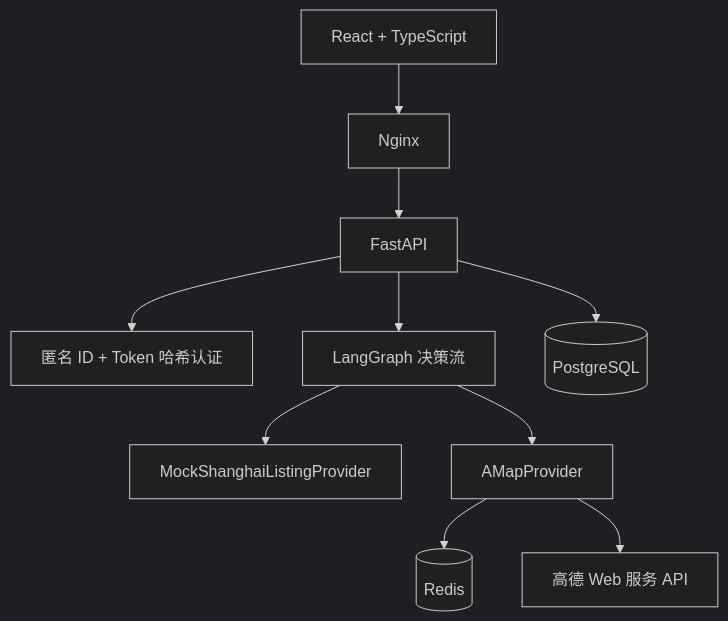
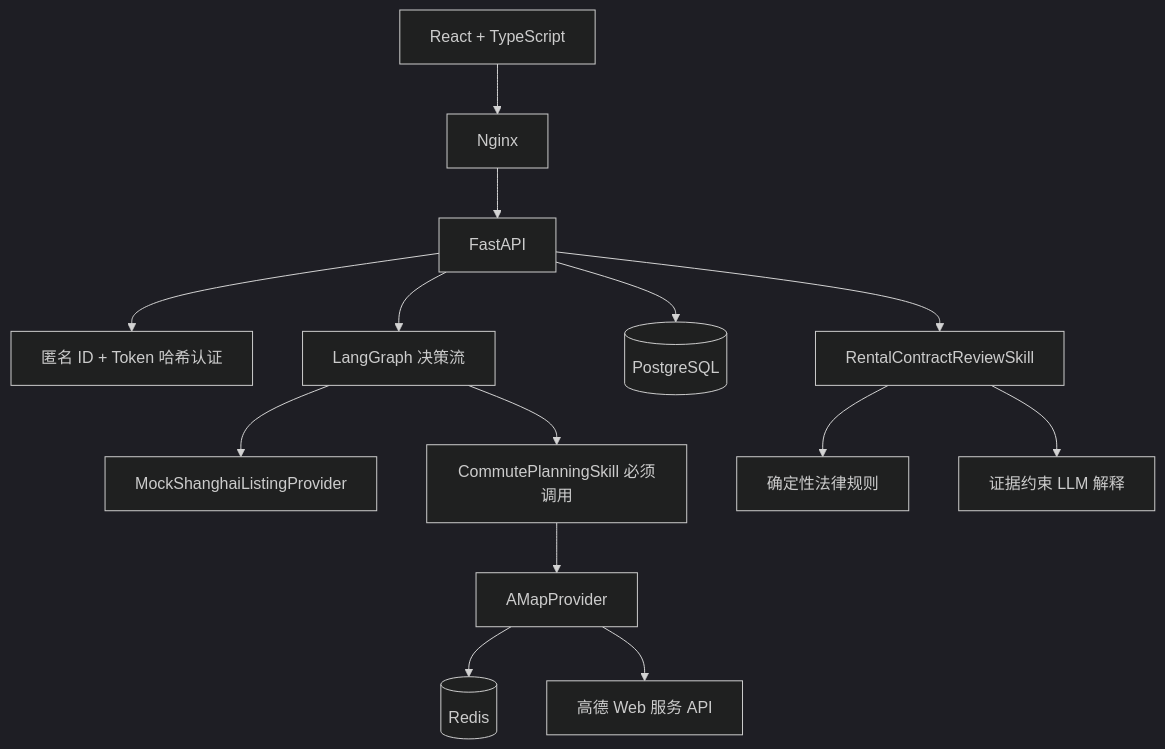
Before and after one commit to jayagentworks/rentwise-ai: the first of 2 diagrams in docs/architecture.md, drawn with Mermaid (dark theme). The commit also changed other lines of this file and 13 other files, not shown here.

Commit message:
Add rental contract review skill

````diff
--- a/docs/architecture.md
+++ b/docs/architecture.md
@@ -5,12 +5,16 @@
 ```mermaid
 flowchart TB
     Browser[React + TypeScript] --> Nginx[Nginx]
     Nginx --> FastAPI[FastAPI]
     FastAPI --> Auth[匿名 ID + Token 哈希认证]
     FastAPI --> Graph[LangGraph 决策流]
     Graph --> Listing[MockShanghaiListingProvider]
-    Graph --> AMap[AMapProvider]
+    Graph --> CommuteSkill[CommutePlanningSkill 必须调用]
+    CommuteSkill --> AMap[AMapProvider]
     AMap --> Redis[(Redis)]
     AMap --> AMapAPI[高德 Web 服务 API]
     FastAPI --> Postgres[(PostgreSQL)]
+    FastAPI --> ContractSkill[RentalContractReviewSkill]
+    ContractSkill --> Rules[确定性法律规则]
+    ContractSkill --> LLM[证据约束 LLM 解释]
 ```
````
